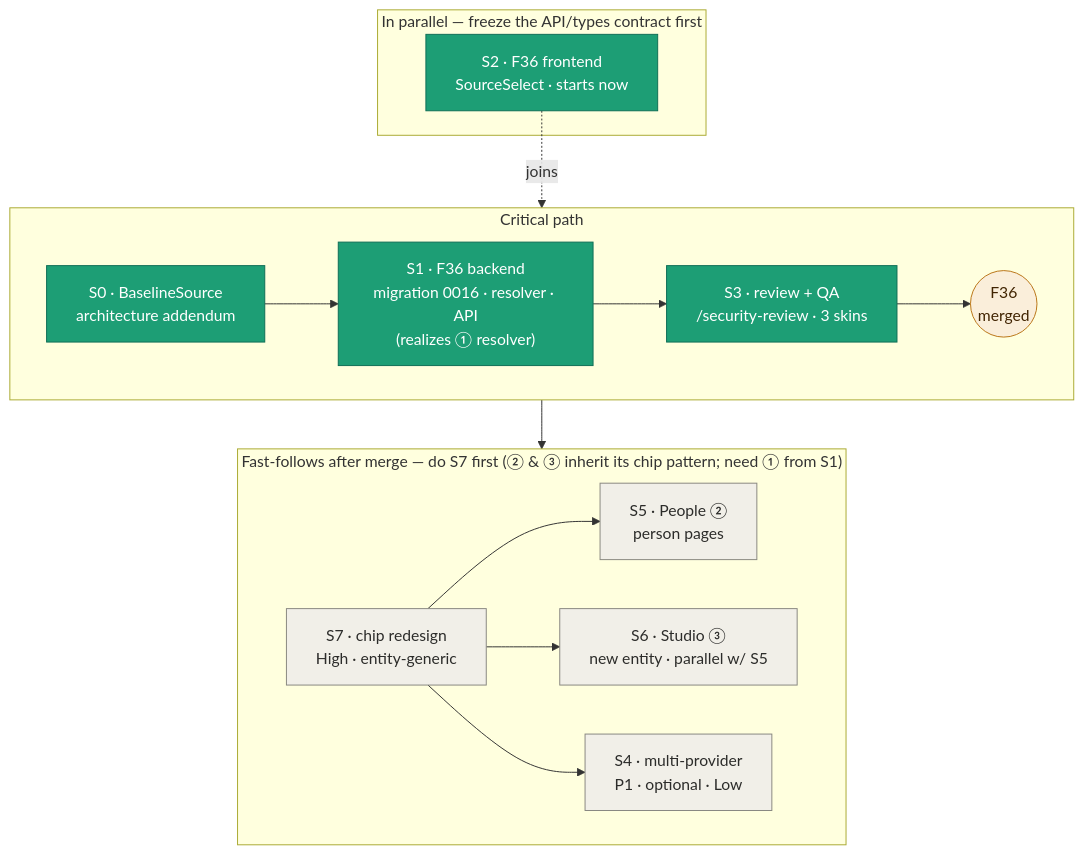
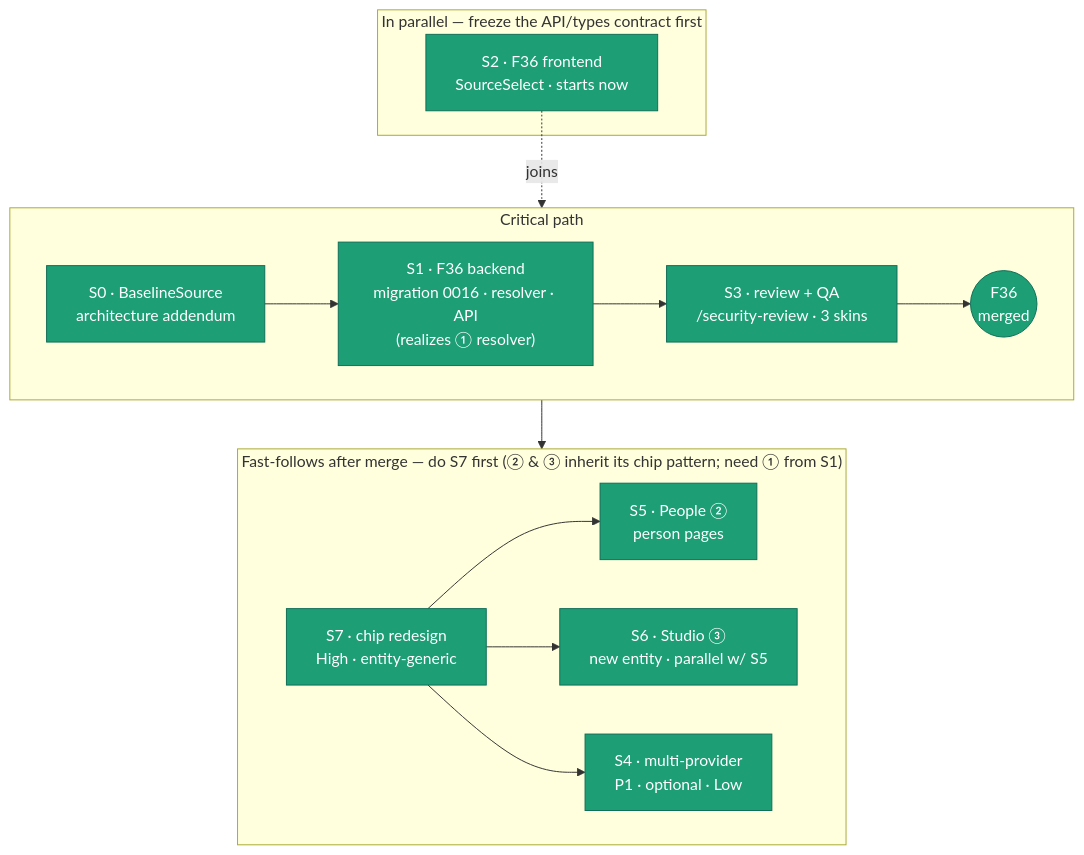
Before and after one commit to whoiskevinrich/holodex: the diagram in docs/plans/field-source-of-truth-rollout.md, drawn with Mermaid. The commit also changed other lines of this file and 7 other files, not shown here.

````diff
--- a/docs/plans/field-source-of-truth-rollout.md
+++ b/docs/plans/field-source-of-truth-rollout.md
@@ -12,33 +16,31 @@
 ```mermaid
 flowchart TB
   subgraph CP["Critical path"]
     direction LR
     S0["S0 · BaselineSource<br/>architecture addendum"] --> S1["S1 · F36 backend<br/>migration 0016 · resolver · API<br/>(realizes ① resolver)"]
     S1 --> S3["S3 · review + QA<br/>/security-review · 3 skins"]
     S3 --> M(("F36<br/>merged"))
   end
   subgraph PAR["In parallel — freeze the API/types contract first"]
     S2["S2 · F36 frontend<br/>SourceSelect · starts now"]
   end
   S2 -. joins .-> S3
   subgraph FF["Fast-follows after merge — do S7 first (② &amp; ③ inherit its chip pattern; need ① from S1)"]
     direction LR
     S7["S7 · chip redesign<br/>High · entity-generic"]
     S5["S5 · People ②<br/>person pages"]
     S6["S6 · Studio ③<br/>new entity · parallel w/ S5"]
     S4["S4 · multi-provider<br/>P1 · optional · Low"]
   end
   M --> S7
   S7 --> S5
   S7 --> S6
   S7 --> S4
 
   classDef done fill:#1d9e75,stroke:#0f6e56,color:#ffffff;
   classDef active fill:#378add,stroke:#185fa5,color:#ffffff;
   classDef pending fill:#f1efe8,stroke:#888780,color:#2c2c2a;
   classDef gate fill:#faeeda,stroke:#ba7517,color:#412402;
 
-  class S4,S5,S6,S7 pending;
-  class S0,S1,S2,S3 done;
-  class M gate;
+  class S0,S1,S2,S3,S4,S5,S6,S7,M done;
 ```
````
